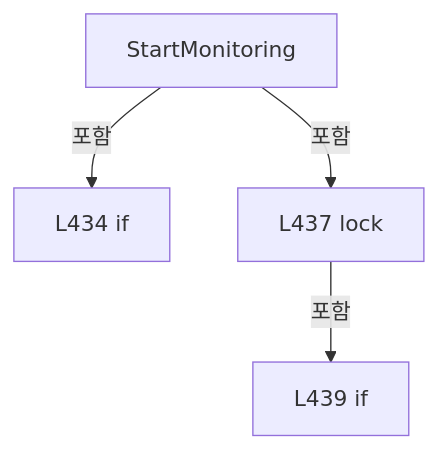
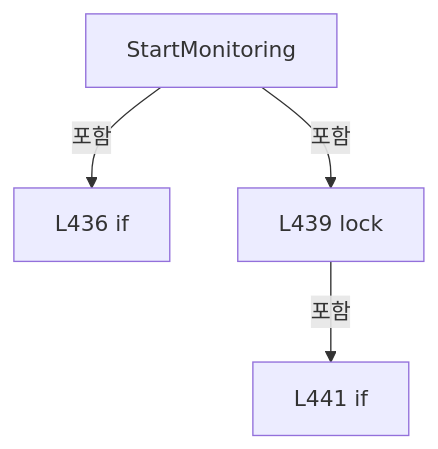
Before and after one commit to kjuws10-rgb/Shared: diagram 16 of 21 in A3 LD Code Ref/files/Drilling.Common/Alarm/CAlarmManager.cs.md, drawn with Mermaid. The commit also changed other lines of this file and 2071 other files, not shown here.

Commit message:
docs(a3): update 11.19.0 architecture and code reference

````diff
--- a/A3 LD Code Ref/files/Drilling.Common/Alarm/CAlarmManager.cs.md
+++ b/A3 LD Code Ref/files/Drilling.Common/Alarm/CAlarmManager.cs.md
@@ -2321,10 +2321,10 @@
 ```mermaid
 flowchart TD
  M["StartMonitoring"]
- N0["L434 if"]
+ N0["L436 if"]
  M -->|포함| N0
- N1["L437 lock"]
+ N1["L439 lock"]
  M -->|포함| N1
- N2["L439 if"]
+ N2["L441 if"]
  N1 -->|포함| N2
 ```
````
